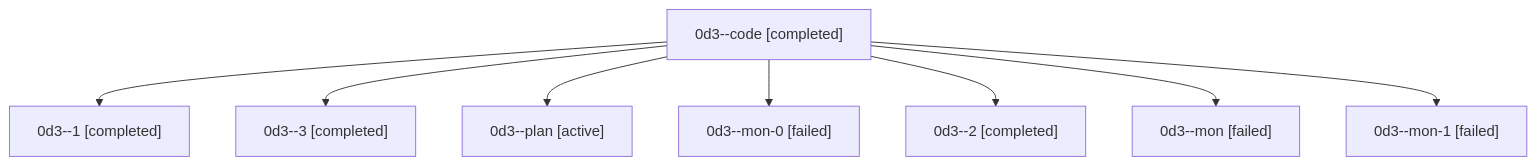
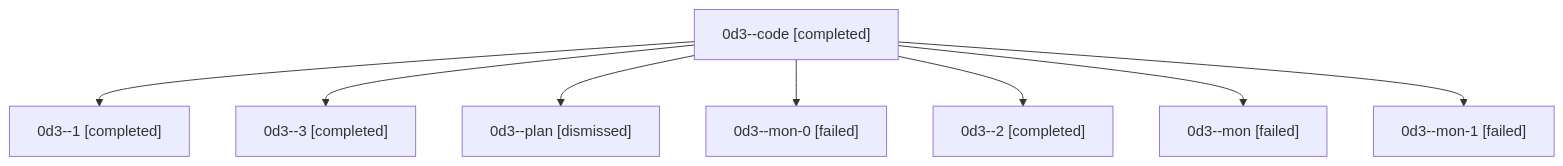
Before and after one commit to sase-org/sase--agents: the diagram in sessions/bbugyi200.athena.0d3.md, drawn with Mermaid. The commit also changed other lines of this file and 38 other files, not shown here.

````diff
--- a/sessions/bbugyi200.athena.0d3.md
+++ b/sessions/bbugyi200.athena.0d3.md
@@ -9,18 +9,18 @@
 ```mermaid
 flowchart TD
   n0["0d3--code [completed]"]
   n1["0d3--1 [completed]"]
   n0 --> n1
   n2["0d3--3 [completed]"]
   n0 --> n2
-  n3["0d3--plan [active]"]
+  n3["0d3--plan [dismissed]"]
   n0 --> n3
   n4["0d3--mon-0 [failed]"]
   n0 --> n4
   n5["0d3--2 [completed]"]
   n0 --> n5
   n6["0d3--mon [failed]"]
   n0 --> n6
   n7["0d3--mon-1 [failed]"]
   n0 --> n7
 ```
````
